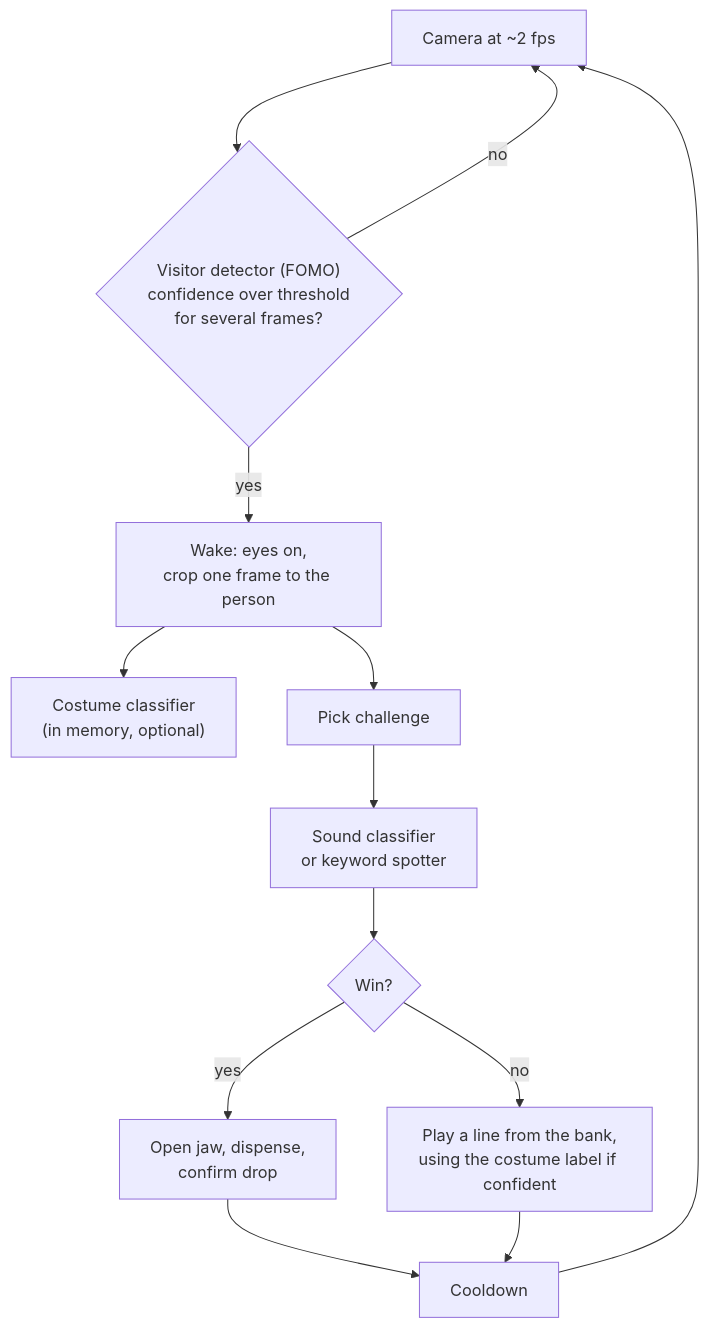
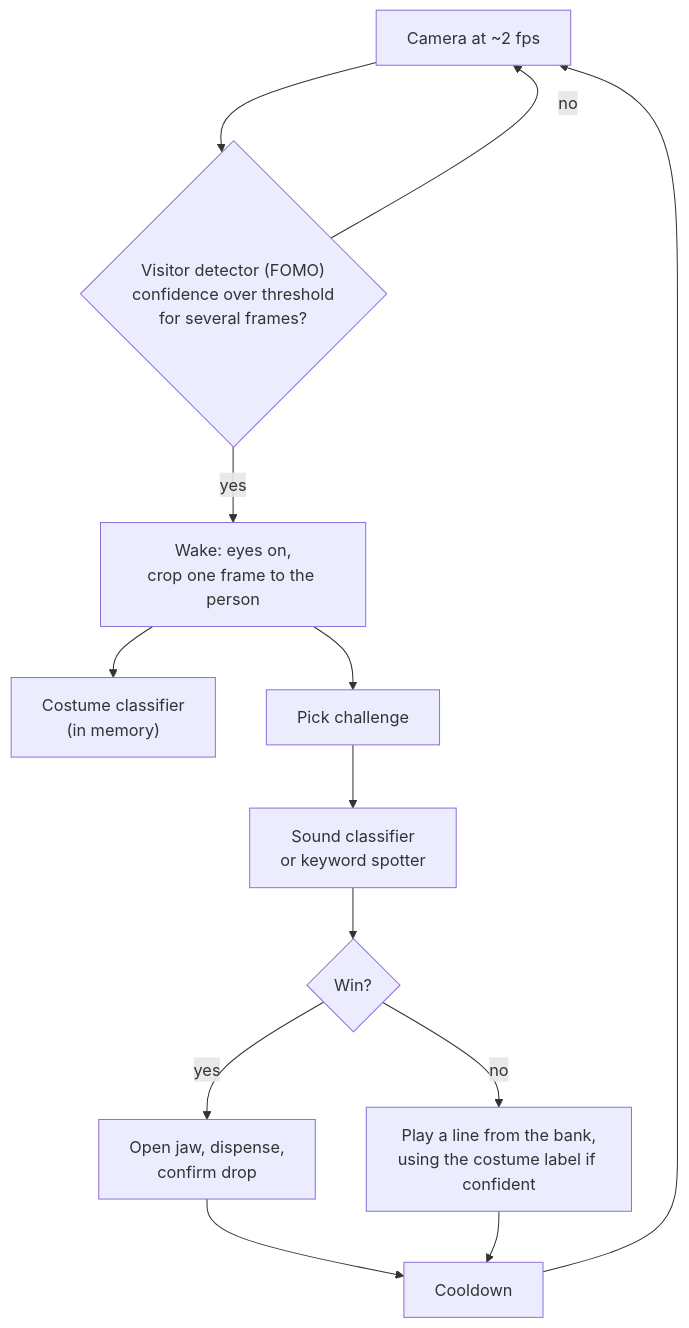
The diagram in docs/architecture.md (Abhinavkrishna3211/Feed-the-Gargoyle), drawn with Mermaid before and after one commit. The commit also changed 42 other files, not shown here.

Commit message:
docs: add board benchmarks and update design, decisions and roadmap

````diff
--- a/docs/architecture.md
+++ b/docs/architecture.md
@@ -17,15 +17,15 @@
 ```mermaid
 flowchart TD
     A["Camera at ~2 fps"] --> B{"Visitor detector (FOMO)<br/>confidence over threshold<br/>for several frames?"}
     B -- no --> A
     B -- yes --> C["Wake: eyes on,<br/>crop one frame to the person"]
-    C --> D["Costume classifier<br/>(in memory, optional)"]
+    C --> D["Costume classifier<br/>(in memory)"]
     C --> E["Pick challenge"]
     E --> F["Sound classifier<br/>or keyword spotter"]
     F --> G{"Win?"}
     G -- yes --> H["Open jaw, dispense,<br/>confirm drop"]
     G -- no --> I["Play a line from the bank,<br/>using the costume label if confident"]
     H --> J["Cooldown"]
     I --> J
     J --> A
 ```
````
